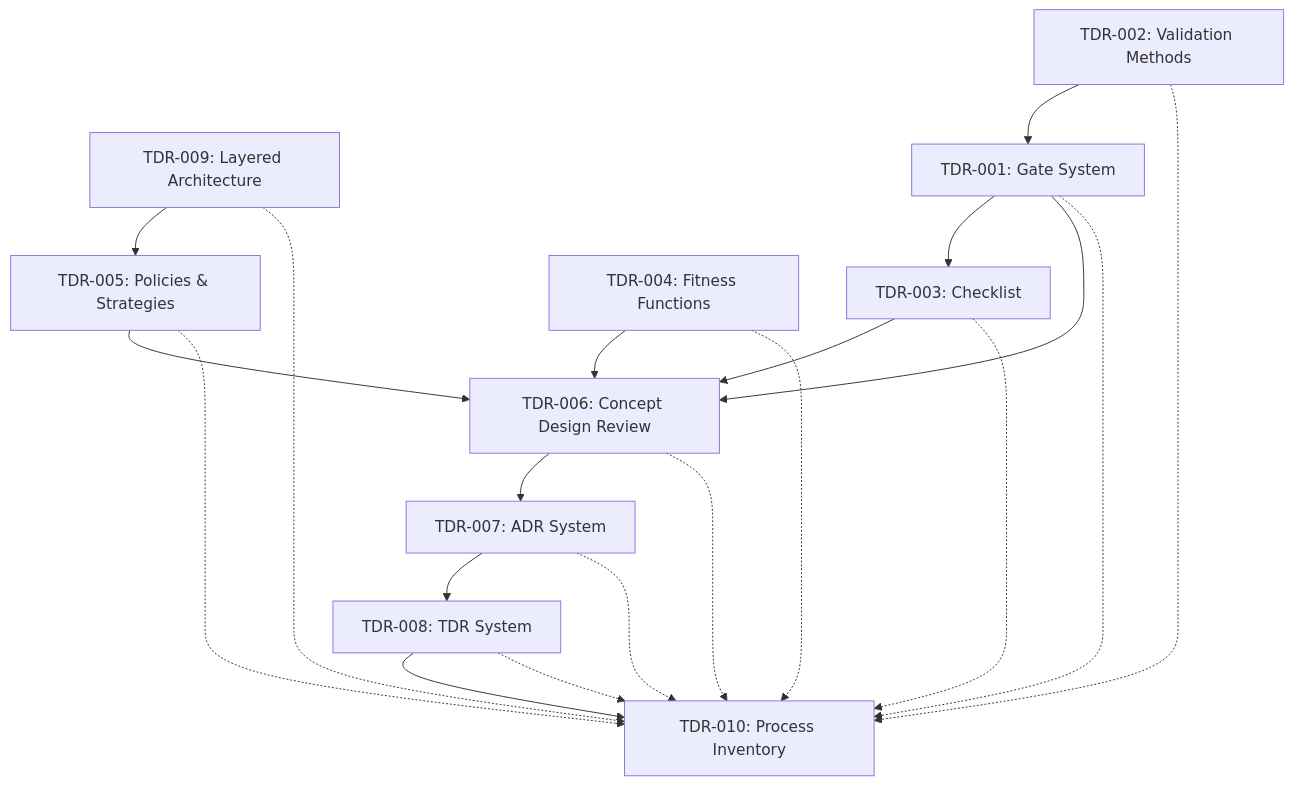
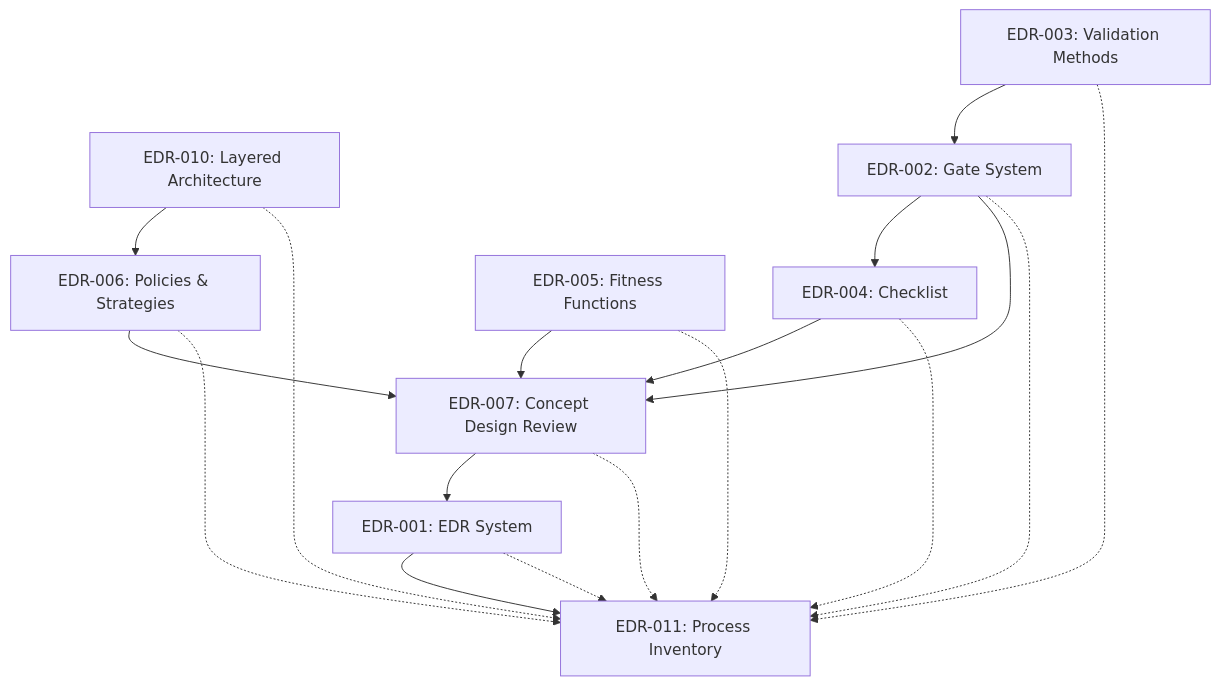
Before and after one commit to orthon-lang/docs: the diagram in how/PROCESS_INVENTORY.md, drawn with Mermaid. The commit also changed other lines of this file and 30 other files, not shown here.

````diff
--- a/how/PROCESS_INVENTORY.md
+++ b/how/PROCESS_INVENTORY.md
@@ -42,22 +42,20 @@
 ```mermaid
 flowchart TD
-    TDR-009["TDR-009: Layered Architecture"] --> TDR-005["TDR-005: Policies & Strategies"]
-    TDR-002["TDR-002: Validation Methods"] --> TDR-001["TDR-001: Gate System"]
-    TDR-001 --> TDR-003["TDR-003: Checklist"]
-    TDR-001 --> TDR-006["TDR-006: Concept Design Review"]
-    TDR-003 --> TDR-006
-    TDR-004["TDR-004: Fitness Functions"] --> TDR-006
-    TDR-005 --> TDR-006
-    TDR-006 --> TDR-007["TDR-007: ADR System"]
-    TDR-007 --> TDR-008["TDR-008: TDR System"]
-    TDR-008 --> TDR-010["TDR-010: Process Inventory"]
-    TDR-001 -.-> TDR-010
-    TDR-002 -.-> TDR-010
-    TDR-003 -.-> TDR-010
-    TDR-004 -.-> TDR-010
-    TDR-005 -.-> TDR-010
-    TDR-006 -.-> TDR-010
-    TDR-007 -.-> TDR-010
-    TDR-008 -.-> TDR-010
-    TDR-009 -.-> TDR-010
+    EDR-010["EDR-010: Layered Architecture"] --> EDR-006["EDR-006: Policies & Strategies"]
+    EDR-003["EDR-003: Validation Methods"] --> EDR-002["EDR-002: Gate System"]
+    EDR-002 --> EDR-004["EDR-004: Checklist"]
+    EDR-002 --> EDR-007["EDR-007: Concept Design Review"]
+    EDR-004 --> EDR-007
+    EDR-005["EDR-005: Fitness Functions"] --> EDR-007
+    EDR-006 --> EDR-007
+    EDR-007 --> EDR-001["EDR-001: EDR System"]
+    EDR-001 --> EDR-011["EDR-011: Process Inventory"]
+    EDR-001 -.-> EDR-011
+    EDR-002 -.-> EDR-011
+    EDR-003 -.-> EDR-011
+    EDR-004 -.-> EDR-011
+    EDR-005 -.-> EDR-011
+    EDR-006 -.-> EDR-011
+    EDR-007 -.-> EDR-011
+    EDR-010 -.-> EDR-011
 ```
````
